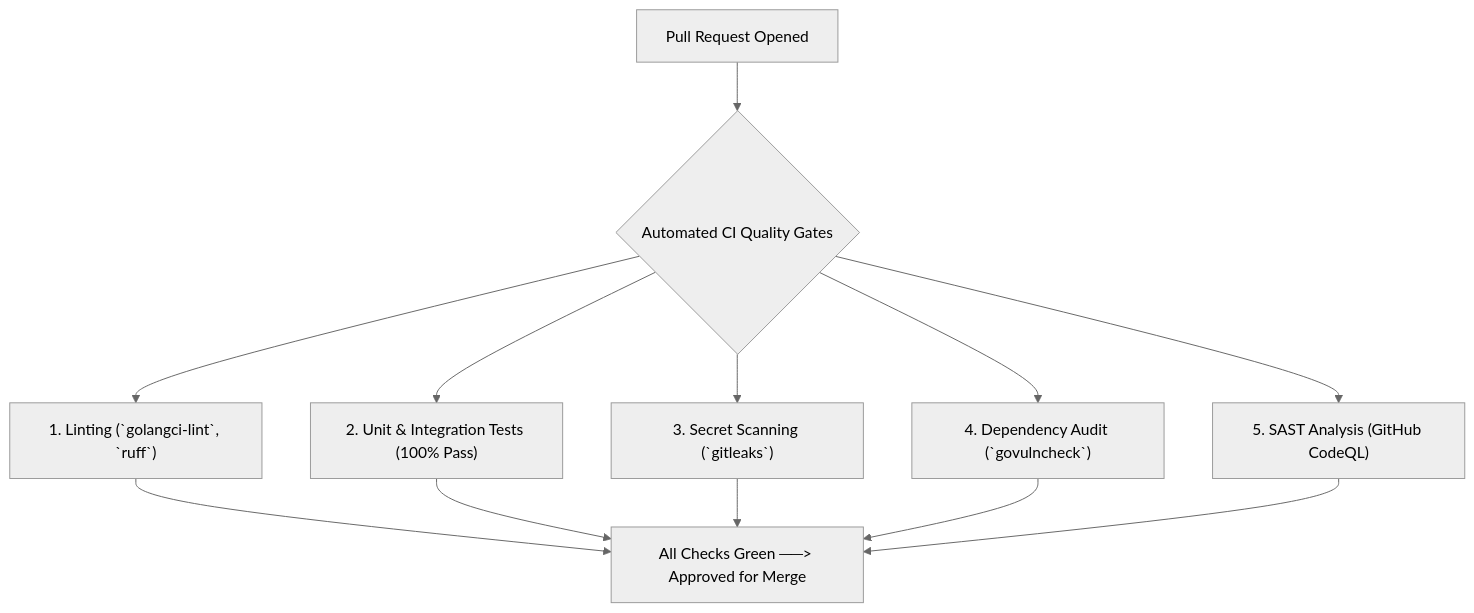
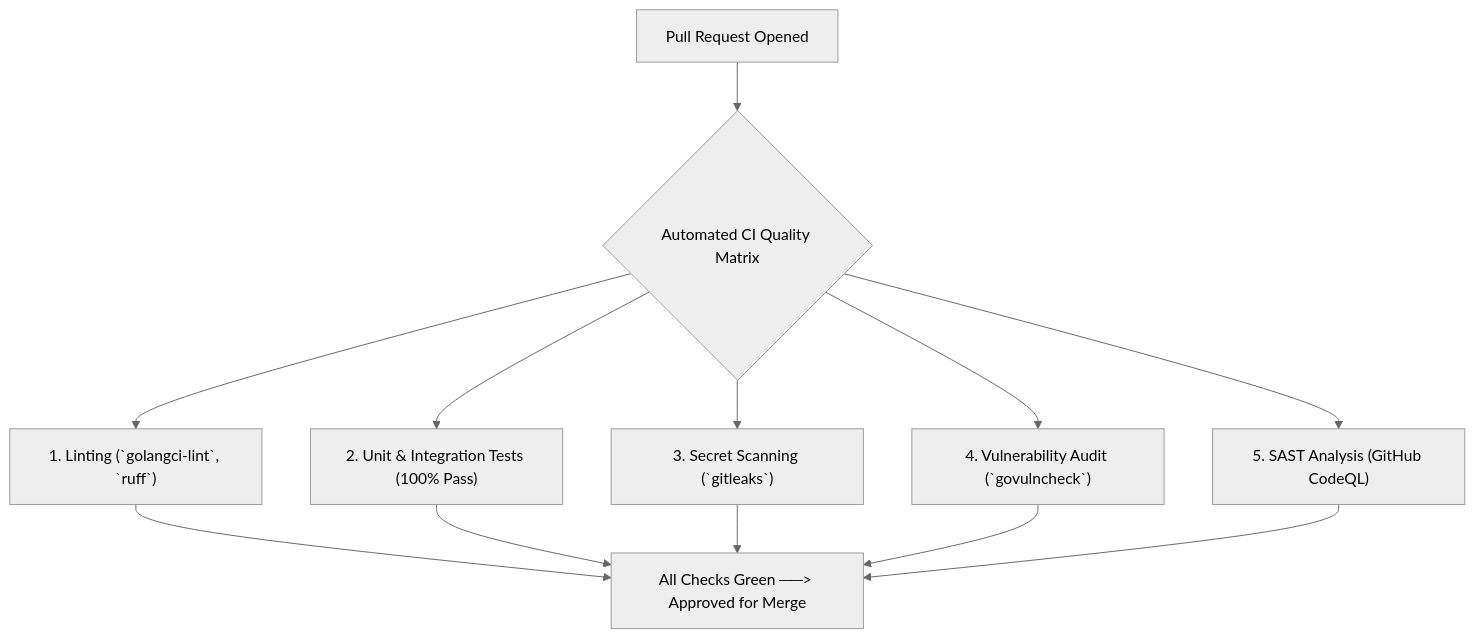
One commit to Subhadip-Paul2006/NETRA-Backend changed the second of 3 diagrams in docs/CI_CD.md. Above: the diagram before and after it, drawn with Mermaid (neutral theme). The commit also changed other lines of this file and 15 other files, not shown here.

Commit message:
docs: establish authoritative open-source academic architecture & technical specification suite

````diff
--- a/docs/CI_CD.md
+++ b/docs/CI_CD.md
@@ -44,16 +47,16 @@
 ```mermaid
 flowchart TD
-    PR["Pull Request Opened"] --> Matrix{"Automated CI Quality Gates"}
+    PR["Pull Request Opened"] --> Matrix{"Automated CI Quality Matrix"}
 
     Matrix --> L1["1. Linting (`golangci-lint`, `ruff`)"]
     Matrix --> L2["2. Unit & Integration Tests (100% Pass)"]
     Matrix --> L3["3. Secret Scanning (`gitleaks`)"]
-    Matrix --> L4["4. Dependency Audit (`govulncheck`)"]
+    Matrix --> L4["4. Vulnerability Audit (`govulncheck`)"]
     Matrix --> L5["5. SAST Analysis (GitHub CodeQL)"]
 
     L1 --> Merge["All Checks Green ──> Approved for Merge"]
     L2 --> Merge
     L3 --> Merge
     L4 --> Merge
     L5 --> Merge
 ```
````
